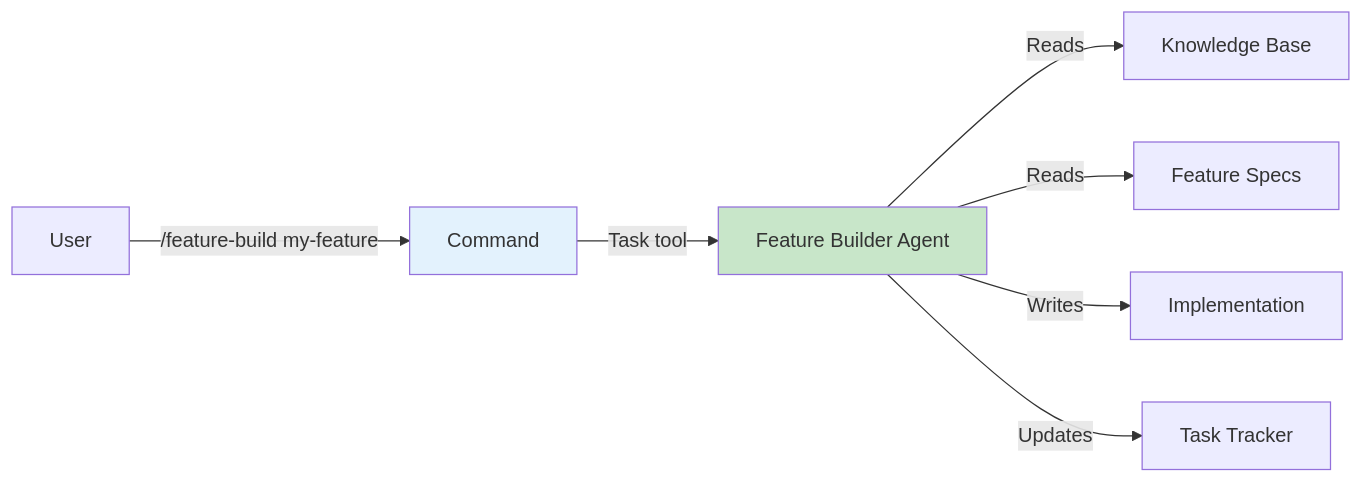
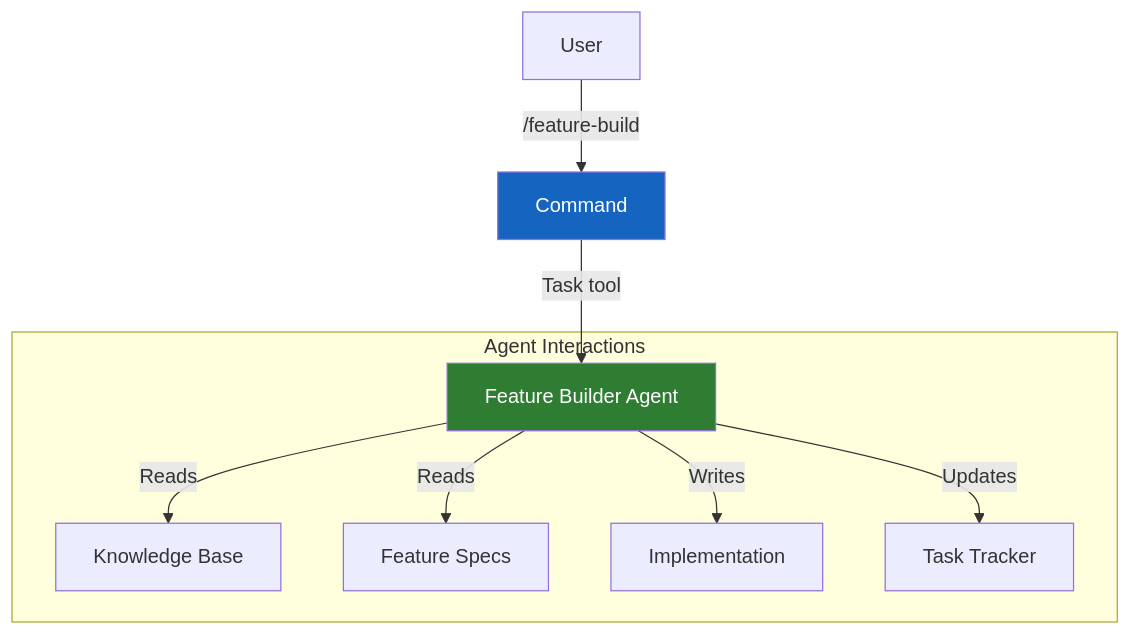
Before and after one commit to rp1-run/rp1: the first of 2 diagrams in docs/concepts/command-agent-pattern.md, drawn with Mermaid. The commit also changed other lines of this file and 17 other files, not shown here.

````diff
--- a/docs/concepts/command-agent-pattern.md
+++ b/docs/concepts/command-agent-pattern.md
@@ -14,12 +14,15 @@
 ```mermaid
-flowchart LR
-    User[User] -->|/feature-build my-feature| Command
+flowchart TB
+    User[User] -->|/feature-build| Command[Command]
     Command -->|Task tool| Agent[Feature Builder Agent]
-    Agent -->|Reads| KB[Knowledge Base]
-    Agent -->|Reads| Specs[Feature Specs]
-    Agent -->|Writes| Code[Implementation]
-    Agent -->|Updates| Tasks[Task Tracker]
 
-    style Command fill:#e3f2fd
-    style Agent fill:#c8e6c9
+    subgraph "Agent Interactions"
+        Agent -->|Reads| KB[Knowledge Base]
+        Agent -->|Reads| Specs[Feature Specs]
+        Agent -->|Writes| Code[Implementation]
+        Agent -->|Updates| Tasks[Task Tracker]
+    end
+
+    style Command fill:#1565c0,color:#fff
+    style Agent fill:#2e7d32,color:#fff
 ```
````
